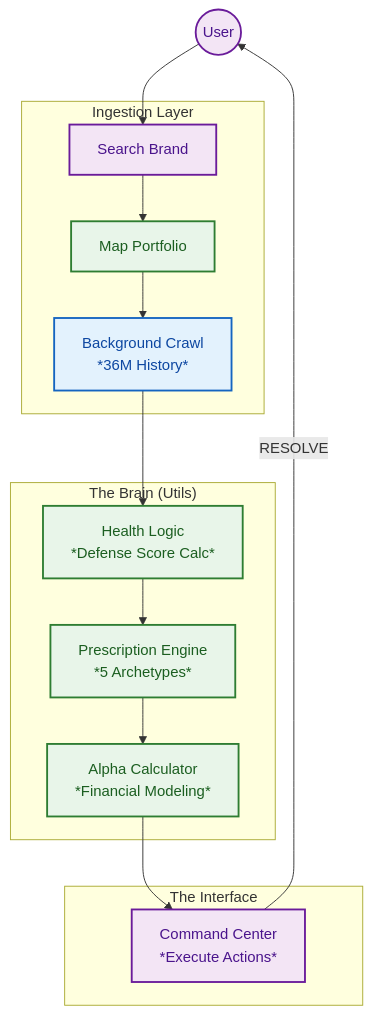
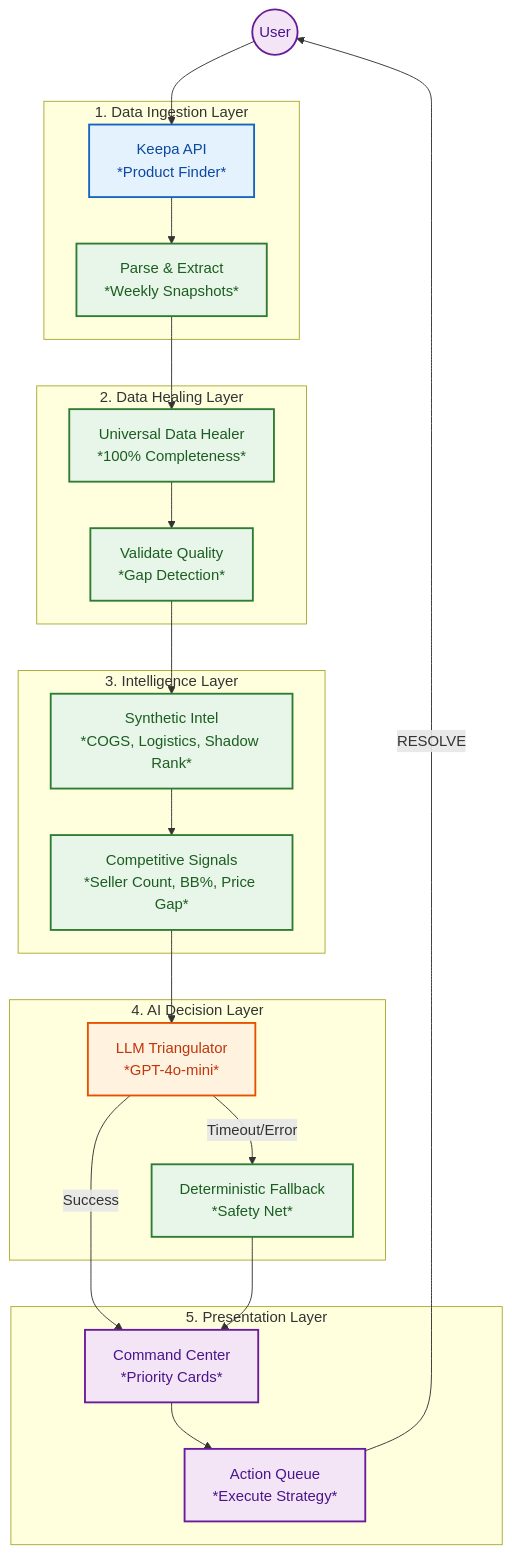
The diagram in README.md (jshuck0/ShelfGuard), drawn with Mermaid before and after one commit. The commit also changed other lines of this file and 12 other files, not shown here.

````diff
--- a/README.md
+++ b/README.md
@@ -76,36 +117,50 @@
 ```mermaid
 graph TD
     %% --- STYLING ---
     classDef source fill:#e3f2fd,stroke:#1565c0,stroke-width:2px,color:#0d47a1;
     classDef process fill:#e8f5e9,stroke:#2e7d32,stroke-width:2px,color:#1b5e20;
+    classDef ai fill:#fff3e0,stroke:#e65100,stroke-width:2px,color:#bf360c;
     classDef ui fill:#f3e5f5,stroke:#6a1b9a,stroke-width:2px,color:#4a148c;
 
     %% --- NODES ---
     USER((User)):::ui
     
-    subgraph "Ingestion Layer"
-        SEARCH[Search Brand]:::ui
-        MAP[Map Portfolio]:::process
-        CRAWL[Background Crawl<br/>*36M History*]:::source
+    subgraph "1. Data Ingestion Layer"
+        KEEPA[Keepa API<br/>*Product Finder*]:::source
+        PARSE[Parse & Extract<br/>*Weekly Snapshots*]:::process
     end
 
-    subgraph "The Brain (Utils)"
-        LOGIC[Health Logic<br/>*Defense Score Calc*]:::process
-        PRES[Prescription Engine<br/>*5 Archetypes*]:::process
-        ALPHA[Alpha Calculator<br/>*Financial Modeling*]:::process
+    subgraph "2. Data Healing Layer"
+        HEALER[Universal Data Healer<br/>*100% Completeness*]:::process
+        VALIDATE[Validate Quality<br/>*Gap Detection*]:::process
     end
 
-    subgraph "The Interface"
-        CMD[Command Center<br/>*Execute Actions*]:::ui
+    subgraph "3. Intelligence Layer"
+        SYNTHETIC[Synthetic Intel<br/>*COGS, Logistics, Shadow Rank*]:::process
+        SIGNALS[Competitive Signals<br/>*Seller Count, BB%, Price Gap*]:::process
+    end
+
+    subgraph "4. AI Decision Layer"
+        LLM[LLM Triangulator<br/>*GPT-4o-mini*]:::ai
+        FALLBACK[Deterministic Fallback<br/>*Safety Net*]:::process
+    end
+
+    subgraph "5. Presentation Layer"
+        CMD[Command Center<br/>*Priority Cards*]:::ui
+        QUEUE[Action Queue<br/>*Execute Strategy*]:::ui
     end
 
     %% --- FLOWS ---
-    USER --> SEARCH
-    SEARCH --> MAP
-    MAP --> CRAWL
-    CRAWL --> LOGIC
-    LOGIC --> PRES
-    PRES --> ALPHA
-    ALPHA --> CMD
-    CMD -->|RESOLVE| USER
+    USER --> KEEPA
+    KEEPA --> PARSE
+    PARSE --> HEALER
+    HEALER --> VALIDATE
+    VALIDATE --> SYNTHETIC
+    SYNTHETIC --> SIGNALS
+    SIGNALS --> LLM
+    LLM -->|Success| CMD
+    LLM -->|Timeout/Error| FALLBACK
+    FALLBACK --> CMD
+    CMD --> QUEUE
+    QUEUE -->|RESOLVE| USER
 ```
````
